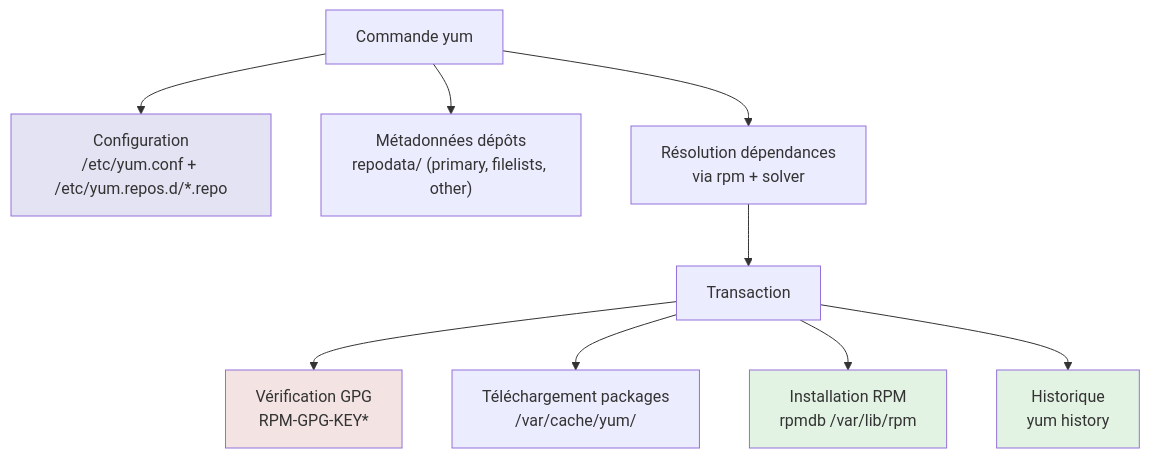
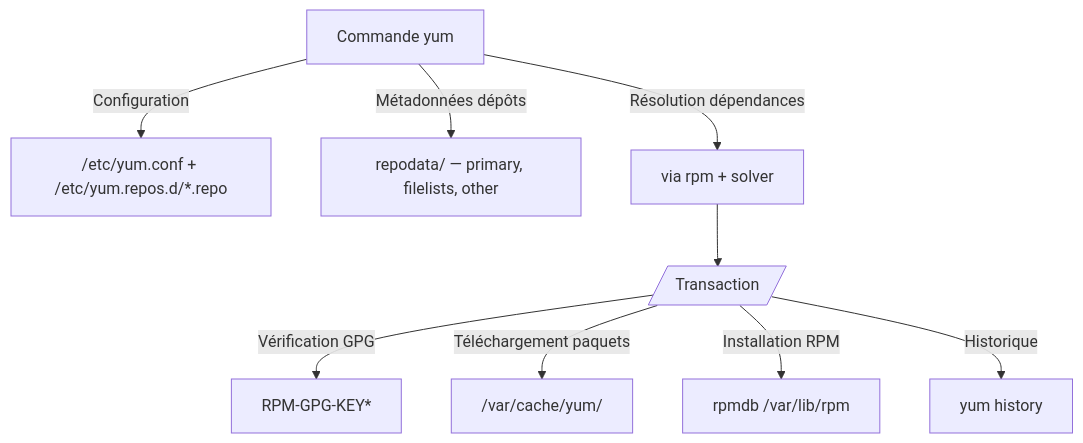
Before and after one commit to zyrass/omnydocs: the first of 2 diagrams in docs/bases/paquets/yum-rhel.md, drawn with Mermaid. The commit also changed other lines of this file and 671 other files, not shown here.

````diff
--- a/docs/bases/paquets/yum-rhel.md
+++ b/docs/bases/paquets/yum-rhel.md
@@ -42,16 +48,15 @@
 ```mermaid
-graph TB
-    U[Commande yum] --> C["Configuration<br/>/etc/yum.conf + /etc/yum.repos.d/*.repo"]
-    U --> M["Métadonnées dépôts<br/>repodata/ (primary, filelists, other)"]
-    U --> R["Résolution dépendances<br/>via rpm + solver"]
-    R --> T["Transaction"]
-    T --> G["Vérification GPG<br/>RPM-GPG-KEY*"]
-    T --> D["Téléchargement packages<br/>/var/cache/yum/"]
-    T --> I["Installation RPM<br/>rpmdb /var/lib/rpm"]
-    T --> H["Historique<br/>yum history"]
-    
-    style C fill:#e3e3f3
-    style G fill:#f3e3e3
-    style I fill:#e3f3e3
-    style H fill:#e3f3e3
+flowchart TB
+    U["Commande yum"]
+
+    U -->|Configuration| C["/etc/yum.conf + /etc/yum.repos.d/*.repo"]
+    U -->|Métadonnées dépôts| M["repodata/ — primary, filelists, other"]
+    U -->|Résolution dépendances| R["via rpm + solver"]
+
+    R --> T[/"Transaction"/]
+
+    T -->|Vérification GPG| G["RPM-GPG-KEY*"]
+    T -->|Téléchargement paquets| D["/var/cache/yum/"]
+    T -->|Installation RPM| I["rpmdb /var/lib/rpm"]
+    T -->|Historique| H["yum history"]
 ```
````
